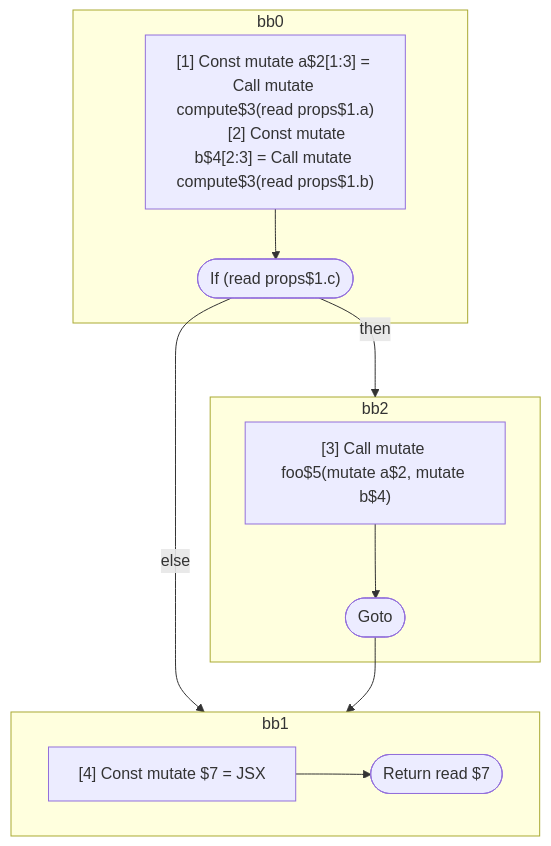
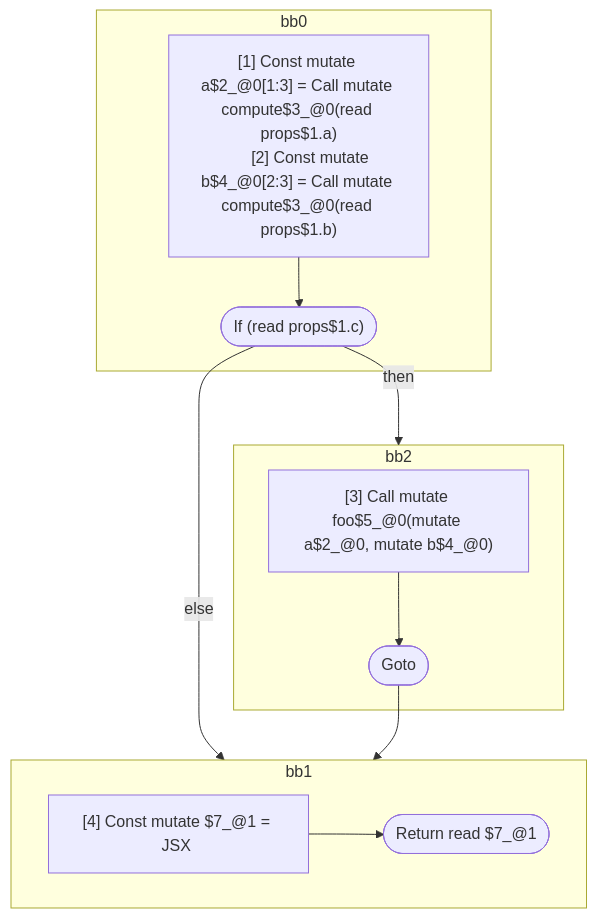
Before and after one commit to wutsmog/private: the fourth of 4 diagrams in compiler/forget/src/__tests__/fixtures/hir/interdependent-across-if.expect.md, drawn with Mermaid. The commit also changed other lines of this file and 60 other files, not shown here.

````diff
--- a/compiler/forget/src/__tests__/fixtures/hir/interdependent-across-if.expect.md
+++ b/compiler/forget/src/__tests__/fixtures/hir/interdependent-across-if.expect.md
@@ -133,29 +133,29 @@
 ```mermaid
 flowchart TB
   %% Basic Blocks
   subgraph bb0
     bb0_instrs["
-      [1] Const mutate a$2[1:3] = Call mutate compute$3(read props$1.a)
-      [2] Const mutate b$4[2:3] = Call mutate compute$3(read props$1.b)
+      [1] Const mutate a$2_@0[1:3] = Call mutate compute$3_@0(read props$1.a)
+      [2] Const mutate b$4_@0[2:3] = Call mutate compute$3_@0(read props$1.b)
     "]
     bb0_instrs --> bb0_terminal(["If (read props$1.c)"])
   end
   subgraph bb2
     bb2_instrs["
-      [3] Call mutate foo$5(mutate a$2, mutate b$4)
+      [3] Call mutate foo$5_@0(mutate a$2_@0, mutate b$4_@0)
     "]
     bb2_instrs --> bb2_terminal(["Goto"])
   end
   subgraph bb1
     bb1_instrs["
-      [4] Const mutate $7 = JSX <read Foo$6 a={freeze a$2} b={freeze b$4} ></read Foo$6>
+      [4] Const mutate $7_@1 = JSX <read Foo$6 a={freeze a$2_@0} b={freeze b$4_@0} ></read Foo$6>
     "]
-    bb1_instrs --> bb1_terminal(["Return read $7"])
+    bb1_instrs --> bb1_terminal(["Return read $7_@1"])
   end
 
   %% Jumps
   bb0_terminal -- then --> bb2
   bb0_terminal -- else --> bb1
   bb2_terminal --> bb1
 
 ```
````
